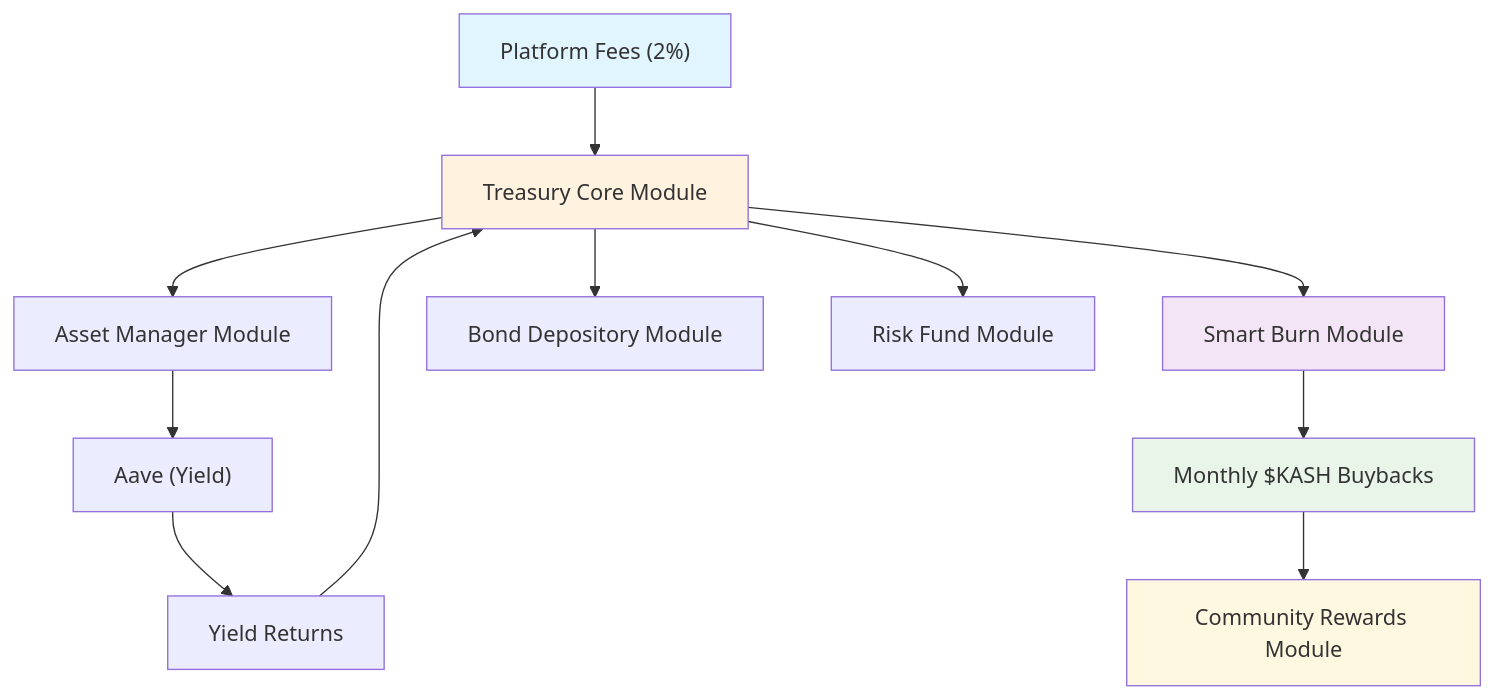
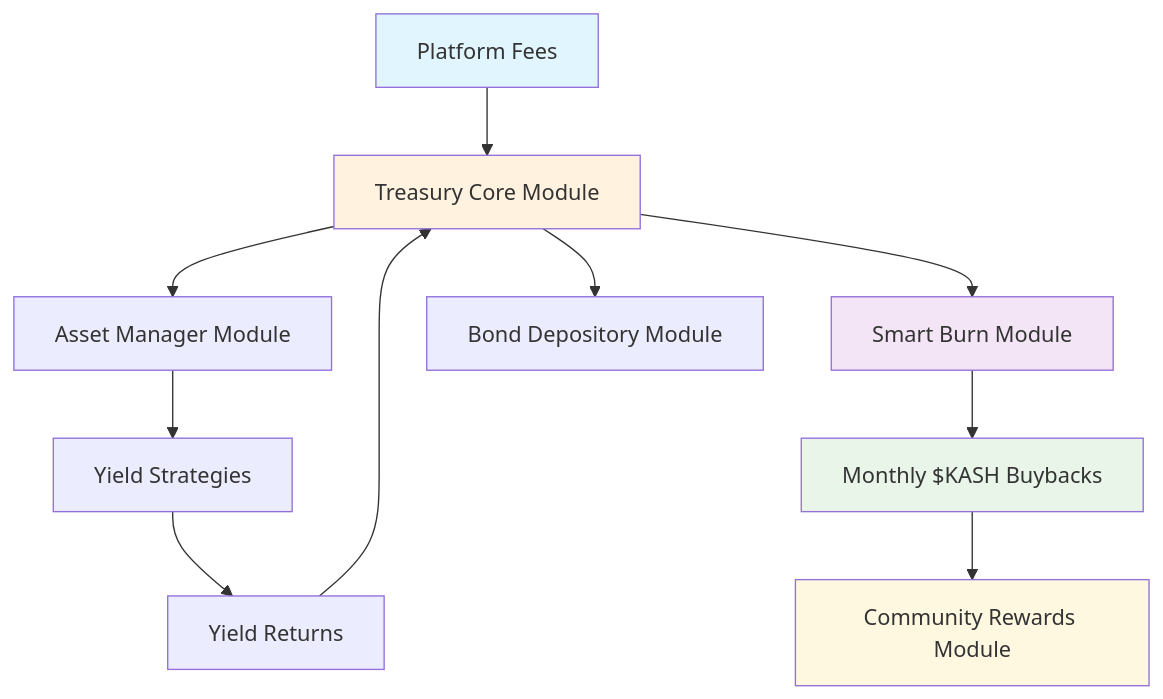
Before and after one commit to KashDAO/docs: the diagram in getting-started/ecosystem/tokenomics.mdx, drawn with Mermaid. The commit also changed other lines of this file and 67 other files, not shown here.

````diff
--- a/getting-started/ecosystem/tokenomics.mdx
+++ b/getting-started/ecosystem/tokenomics.mdx
@@ -159,19 +155,18 @@
     ```mermaid
     graph TD
-        A["Platform Fees (2%)"] --> B["Treasury Core Module"]
+        A["Platform Fees"] --> B["Treasury Core Module"]
         B --> C["Asset Manager Module"]
-        C --> D["Aave (Yield)"]
+        C --> D["Yield Strategies"]
         D --> E["Yield Returns"]
         E --> B
         B --> F["Smart Burn Module"]
         F --> G["Monthly $KASH Buybacks"]
         G --> H["Community Rewards Module"]
         B --> I["Bond Depository Module"]
-        B --> J["Risk Fund Module"]
-        
+
         style A fill:#e1f5fe
         style B fill:#fff3e0
         style F fill:#f3e5f5
         style G fill:#e8f5e8
         style H fill:#fff8e1
     ```
````
